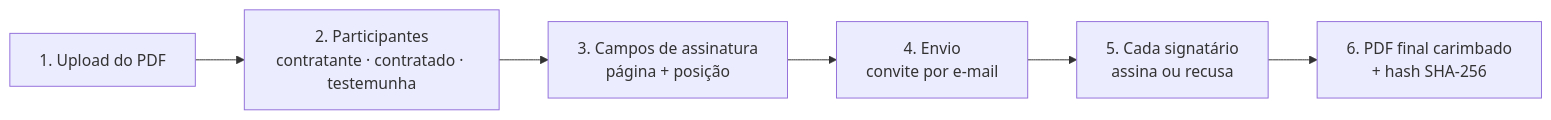
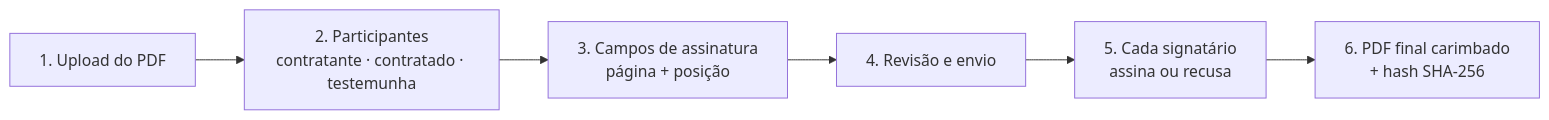
One commit to fiap-2027/lets-sign changed the first of 2 diagrams in README.md. Above: the diagram before and after it, drawn with Mermaid. The commit also changed other lines of this file and 1 other file, not shown here.

````diff
--- a/README.md
+++ b/README.md
@@ -29,8 +28,8 @@
 ```mermaid
 flowchart LR
     A["1. Upload do PDF"] --> B["2. Participantes<br/>contratante · contratado · testemunha"]
     B --> C["3. Campos de assinatura<br/>página + posição"]
-    C --> D["4. Envio<br/>convite por e-mail"]
+    C --> D["4. Revisão e envio"]
     D --> E["5. Cada signatário<br/>assina ou recusa"]
     E --> F["6. PDF final carimbado<br/>+ hash SHA-256"]
 ```
````
